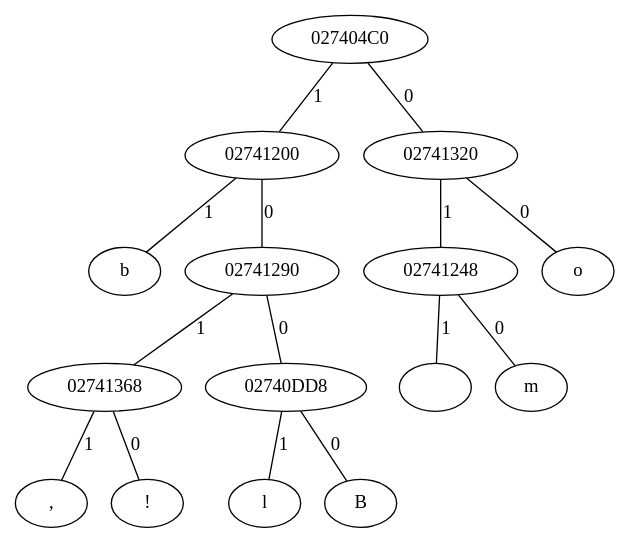
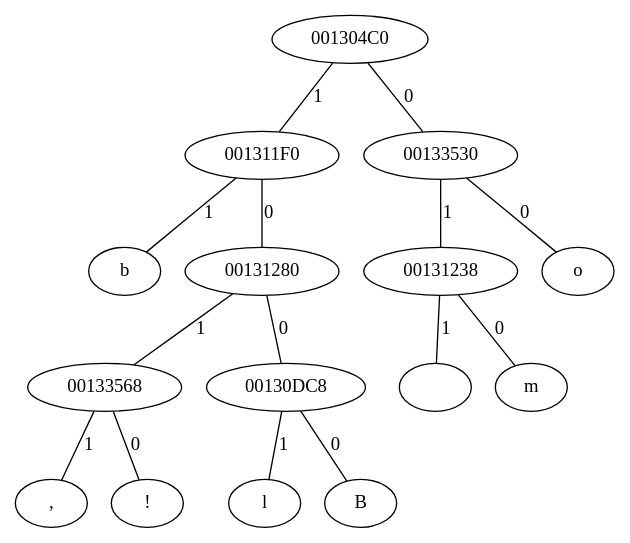
The diagram in tree.dot (jadedlopes/Huffman), drawn with Graphviz before and after one commit. The commit also changed 2 other files, not shown here.

```diff
--- a/tree.dot
+++ b/tree.dot
@@ -1,16 +1,16 @@
 graph {
-	"027404C0" -- "02741200" [label= 1];
-	"027404C0" -- "02741320" [label= 0];
-	"02741320" -- "02741248" [label= 1];
-	"02741320" -- "o" [label= 0];
-	"02741248" -- " " [label= 1];
-	"02741248" -- "m" [label= 0];
-	"02741200" -- "b" [label= 1];
-	"02741200" -- "02741290" [label= 0];
-	"02741290" -- "02741368" [label= 1];
-	"02741290" -- "02740DD8" [label= 0];
-	"02740DD8" -- "l" [label= 1];
-	"02740DD8" -- "B" [label= 0];
-	"02741368" -- "," [label= 1];
-	"02741368" -- "!" [label= 0];
+	"001304C0" -- "001311F0" [label= 1];
+	"001304C0" -- "00133530" [label= 0];
+	"00133530" -- "00131238" [label= 1];
+	"00133530" -- "o" [label= 0];
+	"00131238" -- " " [label= 1];
+	"00131238" -- "m" [label= 0];
+	"001311F0" -- "b" [label= 1];
+	"001311F0" -- "00131280" [label= 0];
+	"00131280" -- "00133568" [label= 1];
+	"00131280" -- "00130DC8" [label= 0];
+	"00130DC8" -- "l" [label= 1];
+	"00130DC8" -- "B" [label= 0];
+	"00133568" -- "," [label= 1];
+	"00133568" -- "!" [label= 0];
 }
```
